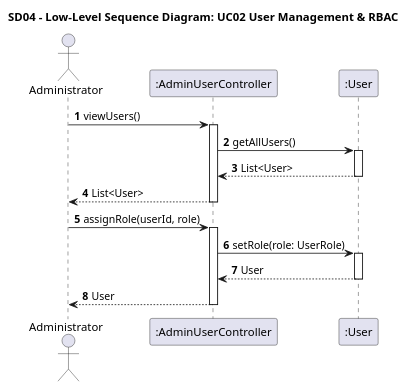
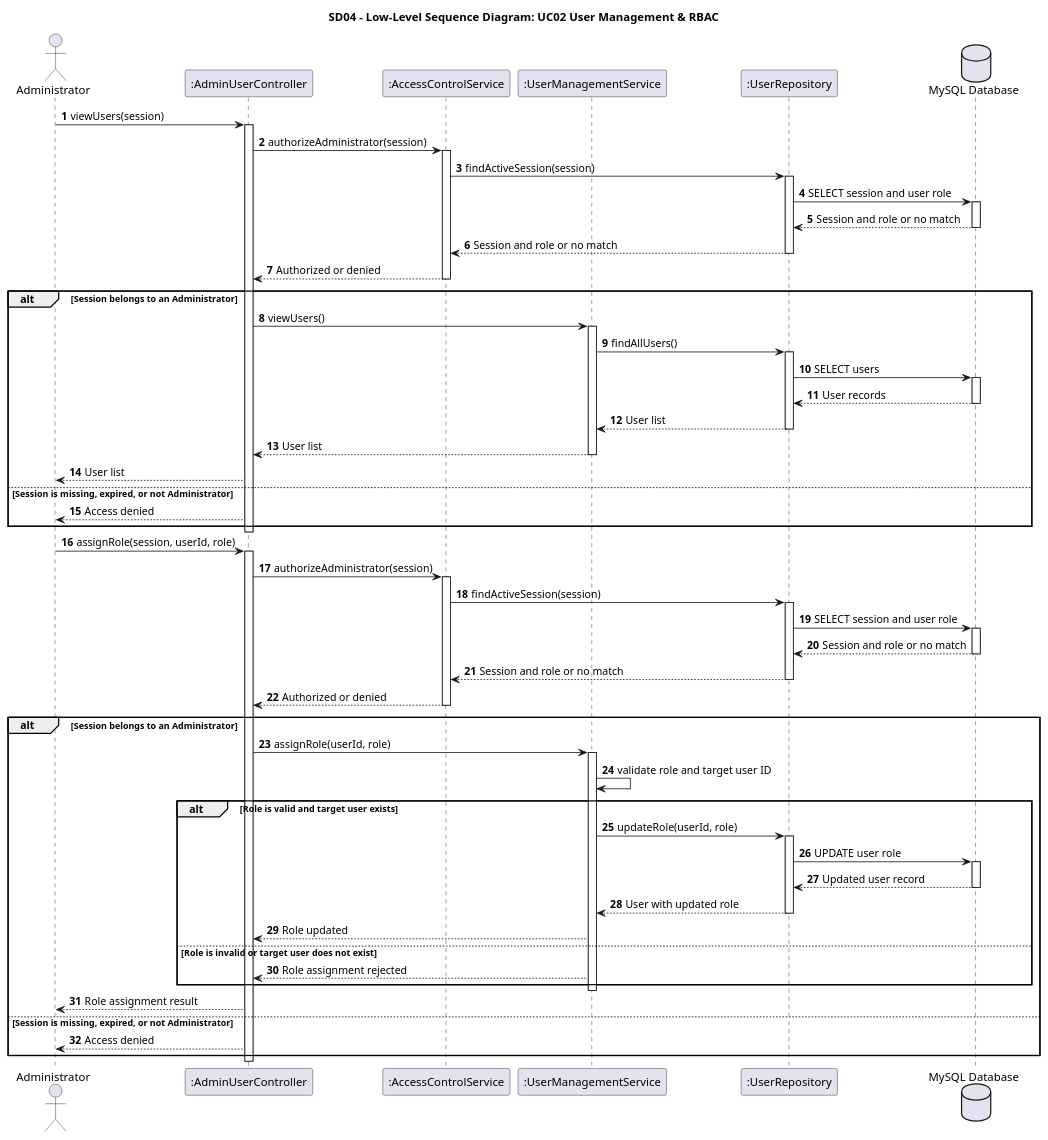
One commit to LeenQasem/SE-project-group8 changed the diagram in uml/sequence-diagrams/SD04_Low_Level_UC02_UserManagement.puml. Above: the diagram before and after it, drawn with PlantUML. The commit also changed 7 other files, not shown here.

```diff
--- a/uml/sequence-diagrams/SD04_Low_Level_UC02_UserManagement.puml
+++ b/uml/sequence-diagrams/SD04_Low_Level_UC02_UserManagement.puml
@@ -1,24 +1,81 @@
 @startuml SD04_Low_Level_UC02_UserManagement
 title SD04 - Low-Level Sequence Diagram: UC02 User Management & RBAC
 autonumber
 actor Administrator as Admin
-participant ":AdminUserController" as AdminCtrl
-participant ":User" as U
+participant ":AdminUserController" as AdminController
+participant ":AccessControlService" as AccessControl
+participant ":UserManagementService" as UserManagement
+participant ":UserRepository" as UserRepository
+database "MySQL Database" as DB
 
-Admin -> AdminCtrl : viewUsers()
-activate AdminCtrl
-AdminCtrl -> U : getAllUsers()
-activate U
-U --> AdminCtrl : List<User>
-deactivate U
-AdminCtrl --> Admin : List<User>
-deactivate AdminCtrl
-Admin -> AdminCtrl : assignRole(userId, role)
-activate AdminCtrl
-AdminCtrl -> U : setRole(role: UserRole)
-activate U
-U --> AdminCtrl : User
-deactivate U
-AdminCtrl --> Admin : User
-deactivate AdminCtrl
+Admin -> AdminController : viewUsers(session)
+activate AdminController
+AdminController -> AccessControl : authorizeAdministrator(session)
+activate AccessControl
+AccessControl -> UserRepository : findActiveSession(session)
+activate UserRepository
+UserRepository -> DB : SELECT session and user role
+activate DB
+DB --> UserRepository : Session and role or no match
+deactivate DB
+UserRepository --> AccessControl : Session and role or no match
+deactivate UserRepository
+AccessControl --> AdminController : Authorized or denied
+deactivate AccessControl
+alt Session belongs to an Administrator
+    AdminController -> UserManagement : viewUsers()
+    activate UserManagement
+    UserManagement -> UserRepository : findAllUsers()
+    activate UserRepository
+    UserRepository -> DB : SELECT users
+    activate DB
+    DB --> UserRepository : User records
+    deactivate DB
+    UserRepository --> UserManagement : User list
+    deactivate UserRepository
+    UserManagement --> AdminController : User list
+    deactivate UserManagement
+    AdminController --> Admin : User list
+else Session is missing, expired, or not Administrator
+    AdminController --> Admin : Access denied
+end
+deactivate AdminController
+
+Admin -> AdminController : assignRole(session, userId, role)
+activate AdminController
+AdminController -> AccessControl : authorizeAdministrator(session)
+activate AccessControl
+AccessControl -> UserRepository : findActiveSession(session)
+activate UserRepository
+UserRepository -> DB : SELECT session and user role
+activate DB
+DB --> UserRepository : Session and role or no match
+deactivate DB
+UserRepository --> AccessControl : Session and role or no match
+deactivate UserRepository
+AccessControl --> AdminController : Authorized or denied
+deactivate AccessControl
+alt Session belongs to an Administrator
+    AdminController -> UserManagement : assignRole(userId, role)
+    activate UserManagement
+    UserManagement -> UserManagement : validate role and target user ID
+    alt Role is valid and target user exists
+        UserManagement -> UserRepository : updateRole(userId, role)
+        activate UserRepository
+        UserRepository -> DB : UPDATE user role
+        activate DB
+        DB --> UserRepository : Updated user record
+        deactivate DB
+        UserRepository --> UserManagement : User with updated role
+        deactivate UserRepository
+        UserManagement --> AdminController : Role updated
+    else Role is invalid or target user does not exist
+        UserManagement --> AdminController : Role assignment rejected
+    end
+    deactivate UserManagement
+    AdminController --> Admin : Role assignment result
+else Session is missing, expired, or not Administrator
+    AdminController --> Admin : Access denied
+end
+deactivate AdminController
 @enduml
```
